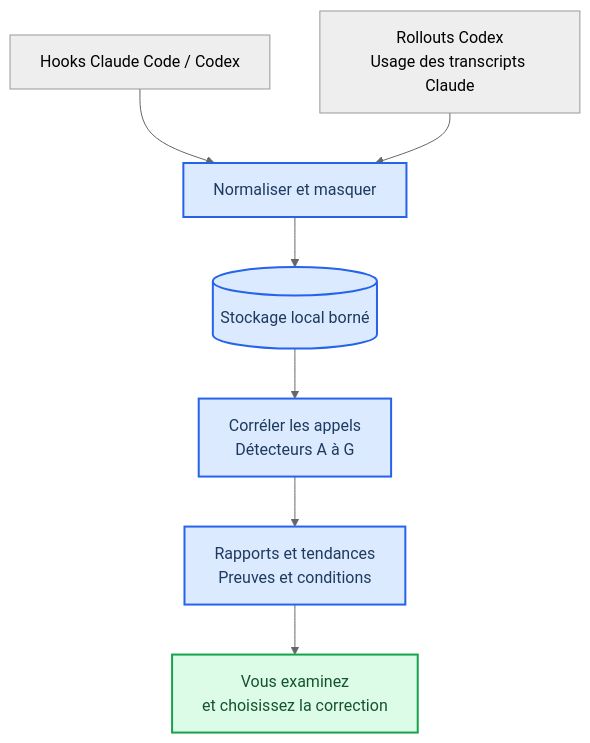
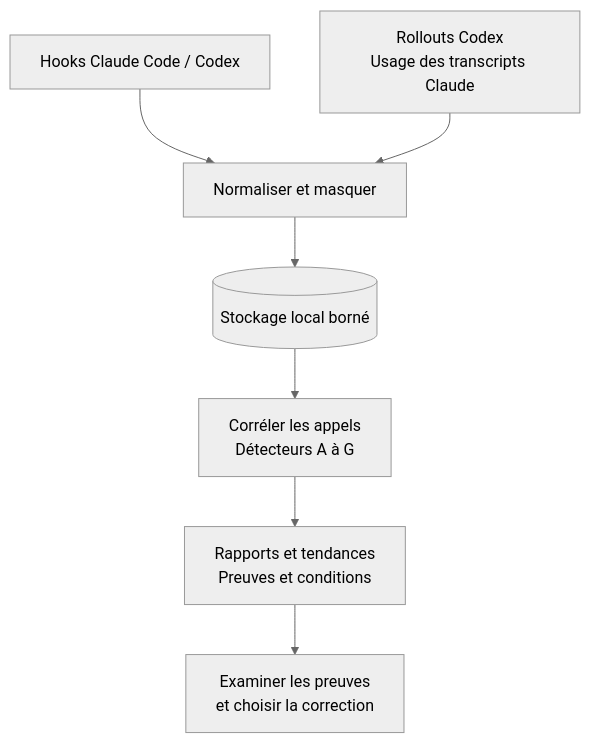
The first of 4 diagrams in README.md (Gotman08/agentwatch), drawn with Mermaid (neutral theme) before and after one commit. The commit also changed other lines of this file, not shown here.

````diff
--- a/README.md
+++ b/README.md
@@ -46,17 +39,12 @@
 ```mermaid
 flowchart TB
     accTitle: De la session aux recommandations
     accDescr: Les hooks et journaux locaux alimentent un stockage normalisé. Sept détecteurs produisent des rapports que l'utilisateur examine avant d'appliquer une correction.
 
     hooks["Hooks Claude Code / Codex"] --> collecte["Normaliser et masquer"]
     journaux["Rollouts Codex<br/>Usage des transcripts Claude"] --> collecte
     collecte --> stockage[("Stockage local borné")]
     stockage --> analyse["Corréler les appels<br/>Détecteurs A à G"]
     analyse --> rapports["Rapports et tendances<br/>Preuves et conditions"]
-    rapports --> utilisateur["Vous examinez<br/>et choisissez la correction"]
-
-    classDef local fill:#dbeafe,stroke:#2563eb,stroke-width:2px,color:#1e3a5f
-    classDef decision fill:#dcfce7,stroke:#16a34a,stroke-width:2px,color:#14532d
-    class collecte,stockage,analyse,rapports local
-    class utilisateur decision
+    rapports --> utilisateur["Examiner les preuves<br/>et choisir la correction"]
 ```
````
